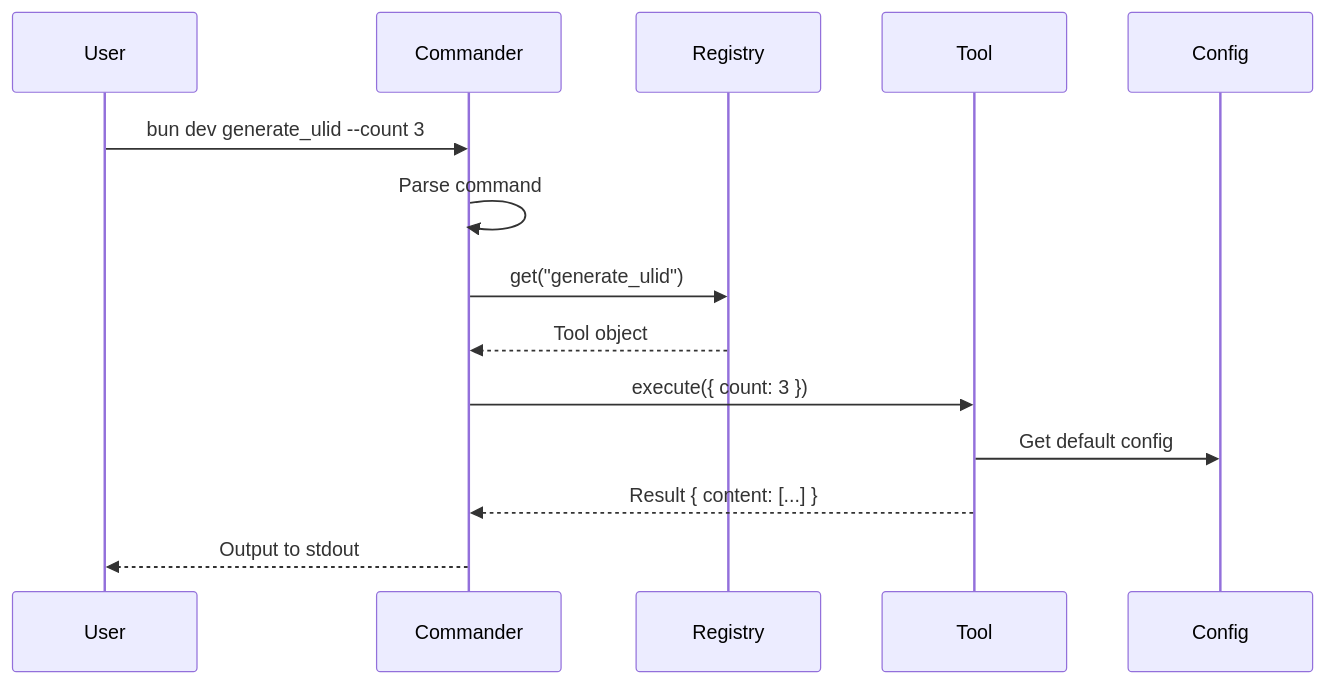
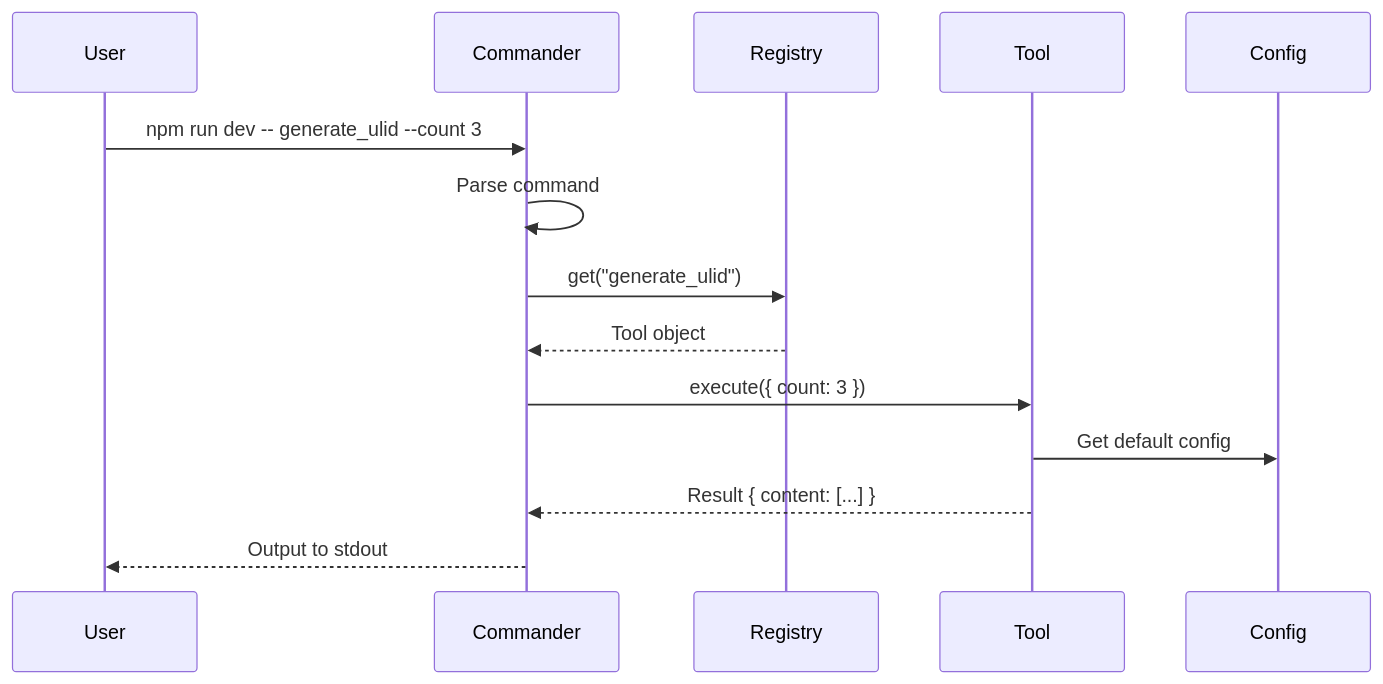
Before and after one commit to muhfaris/devtools-mcp: the second of 4 diagrams in docs/Architecture.md, drawn with Mermaid. The commit also changed other lines of this file and 6 other files, not shown here.

First line of the commit message:
docs: align the guides with the npm toolchain and release flow

````diff
--- a/docs/Architecture.md
+++ b/docs/Architecture.md
@@ -183,17 +183,17 @@
 ```mermaid
 sequenceDiagram
     participant User
     participant CLI as Commander
     participant Registry
     participant Tool
     participant Config
 
-    User->>CLI: bun dev generate_ulid --count 3
+    User->>CLI: npm run dev -- generate_ulid --count 3
     CLI->>CLI: Parse command
     CLI->>Registry: get("generate_ulid")
     Registry-->>CLI: Tool object
     CLI->>Tool: execute({ count: 3 })
     Tool->>Config: Get default config
     Tool-->>CLI: Result { content: [...] }
     CLI-->>User: Output to stdout
 ```
````
